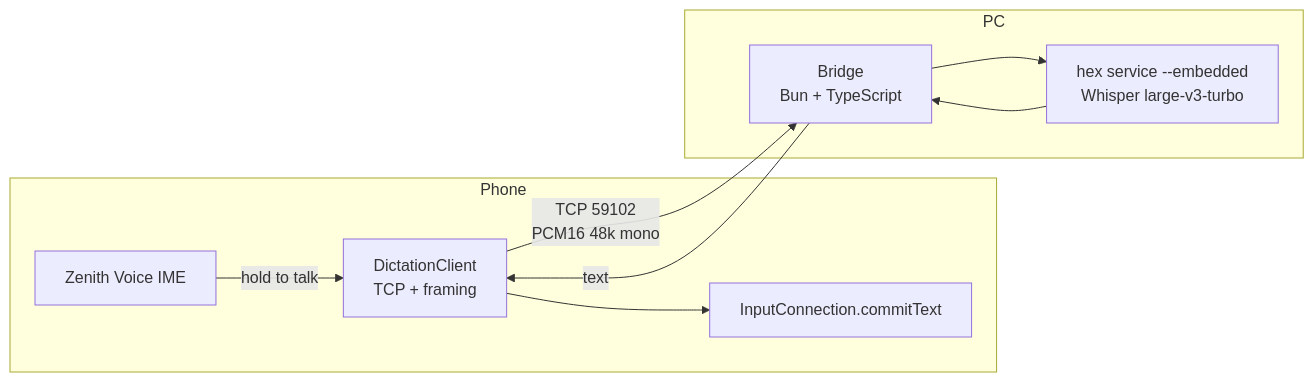
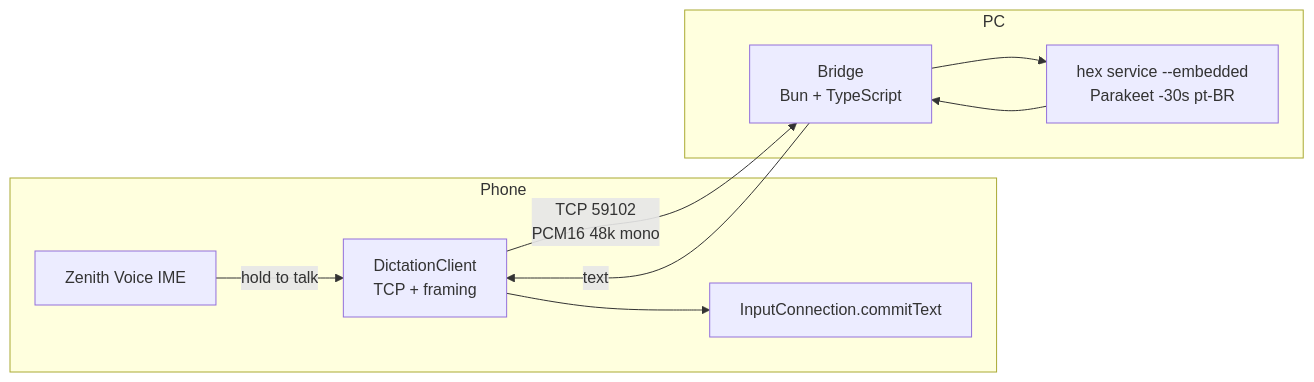
Before and after one commit to luanweslley77/zenith-audio: the diagram in docs/phone-dictation.md, drawn with Mermaid. The commit also changed other lines of this file and 15 other files, not shown here.

First line of the commit message:
feat(bridge): add live dictation with a resident Hex engine

````diff
--- a/docs/phone-dictation.md
+++ b/docs/phone-dictation.md
@@ -187,15 +189,15 @@
 ```mermaid
 flowchart LR
     subgraph Phone
         A[Zenith Voice IME] -->|hold to talk| B[DictationClient<br/>TCP + framing]
         B --> C[InputConnection.commitText]
     end
 
     subgraph PC
-        D[Bridge<br/>Bun + TypeScript] --> E[hex service --embedded<br/>Whisper large-v3-turbo]
+        D[Bridge<br/>Bun + TypeScript] --> E[hex service --embedded<br/>Parakeet -30s pt-BR]
         E --> D
     end
 
     B -->|TCP 59102<br/>PCM16 48k mono| D
     D -->|text| B
 ```
````
